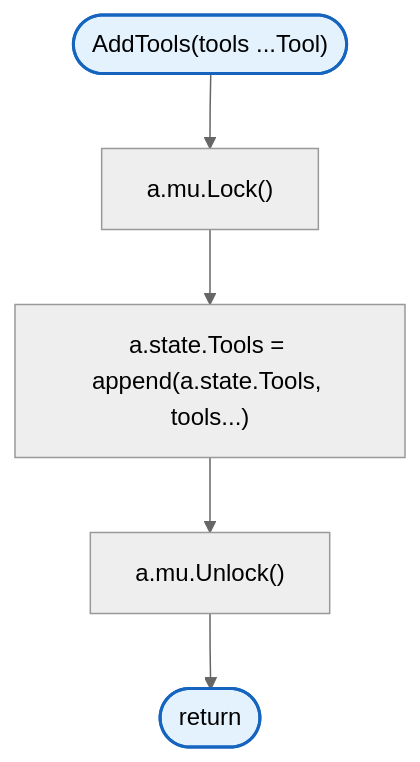
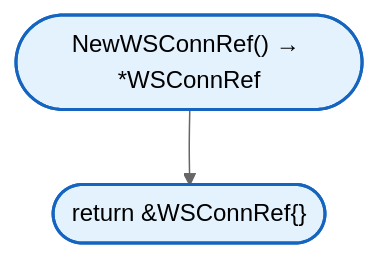
Before and after one commit to radch-ai/ava: the sixth of 7 diagrams in docs/internal/agent/README.md, drawn with Mermaid (neutral theme). The commit also changed other lines of this file and 38 other files, not shown here.

````diff
--- a/docs/internal/agent/README.md
+++ b/docs/internal/agent/README.md
@@ -174,11 +182,8 @@
 ```mermaid
 flowchart TB
-    Start(["AddTools(tools ...Tool)"]) --> Lock["a.mu.Lock()"]
-    Lock --> Append["a.state.Tools = append(a.state.Tools, tools...)"]
-    Append --> Unlock["a.mu.Unlock()"]
-    Unlock --> Return(["return"])
+    Start(["NewWSConnRef() → *WSConnRef"]) --> Return(["return &WSConnRef{}"])
 
     classDef mainFn fill:#e3f2fd,stroke:#1565c0,stroke-width:2px
 
     class Start,Return mainFn
 ```
````
